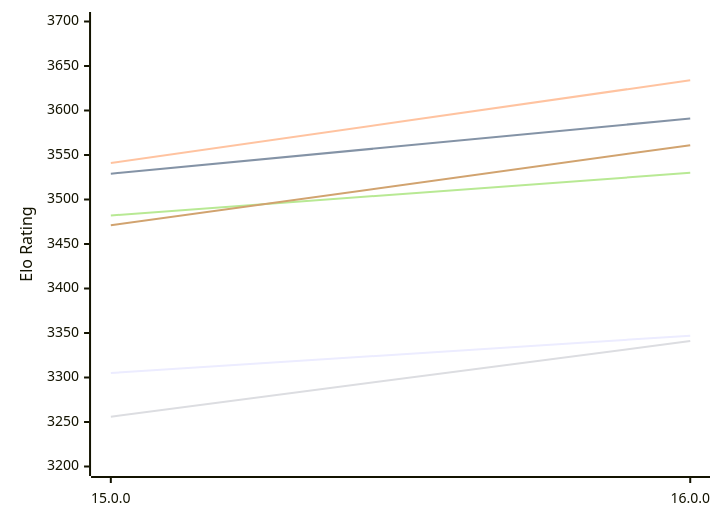
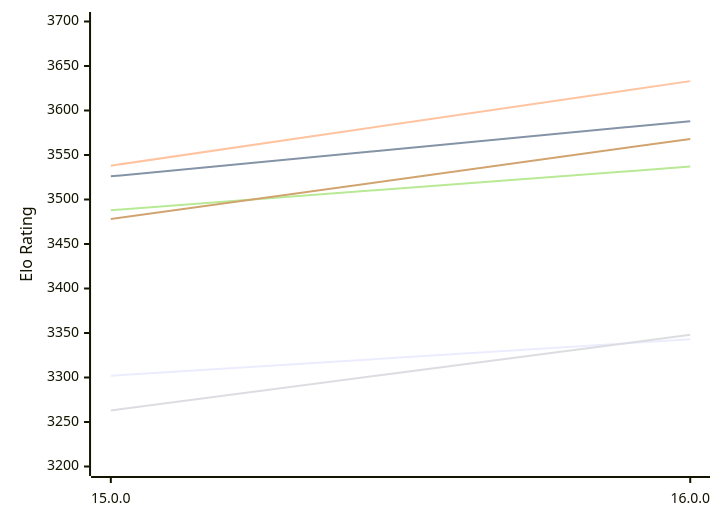
Before and after one commit to computer-chess-index/cci: the first of 2 diagrams in engines/Halogen.md, drawn with Mermaid. The commit also changed other lines of this file, not shown here.

Commit message:
Update CCI Ratings (ELO VLTC) - 2026-11-23

````diff
--- a/engines/Halogen.md
+++ b/engines/Halogen.md
@@ -50,12 +50,12 @@
 ```mermaid
 %%{init: {"theme":"base","themeVariables":{"seriesColors:['#a3a3a3','#222221','#faa371']}}}%%
 xychart-beta
   x-axis ["15.0.0", "16.0.0"]
   y-axis "Elo Rating" 3200 --> 3700
-  line "E1: STC (8.0+0.08s)" [3305, 3347]
-  line "E1: LTC (60.0+0.60s)" [3529, 3591]
-  line "E1: VLTC (2m24s+1.12s)" [3541, 3634]
-  line "P1: STC (8.0+0.08s)" [3256, 3341]
-  line "P1: LTC (60.0+0.60s)" [3482, 3530]
-  line "P1: VLTC (2m24s+1.12s)" [3471, 3561]
+  line "E1: STC (8.0+0.08s)" [3302, 3343]
+  line "E1: LTC (60.0+0.60s)" [3526, 3588]
+  line "E1: VLTC (2m24s+1.12s)" [3538, 3633]
+  line "P1: STC (8.0+0.08s)" [3263, 3348]
+  line "P1: LTC (60.0+0.60s)" [3488, 3537]
+  line "P1: VLTC (2m24s+1.12s)" [3478, 3568]
 ```
````
